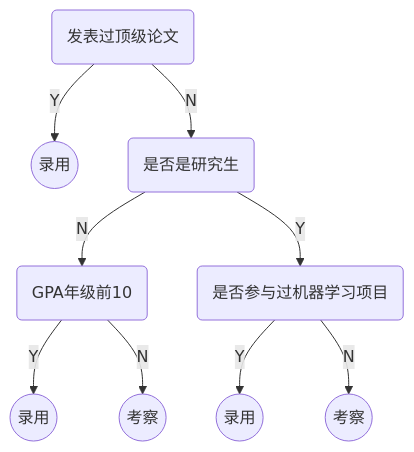
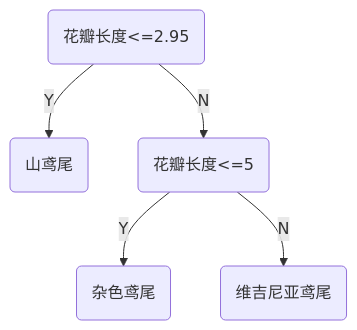
One commit to hughxusu/lesson-ai changed the first of 5 diagrams in docs/b-base/09-决策树.md. Above: the diagram before and after it, drawn with Mermaid. The commit also changed other lines of this file and 9 other files, not shown here.

````diff
--- a/docs/b-base/09-决策树.md
+++ b/docs/b-base/09-决策树.md
@@ -5,11 +9,7 @@
 ```mermaid
 flowchart TB
-		z(发表过顶级论文)--Y-->a((录用))
-		z--N-->b(是否是研究生)
-		b--N-->c(GPA年级前10)
-		c--Y-->d((录用))
-		c--N-->e((考察))
-		b--Y-->f(是否参与过机器学习项目)
-		f--Y-->g((录用))
-		f--N-->h((考察))
+		z(花瓣长度<=2.95)--Y-->a(山鸢尾)
+		z--N-->b(花瓣长度<=5)
+		b--Y-->c(杂色鸢尾)
+		b--N-->f(维吉尼亚鸢尾)
 ```
````
